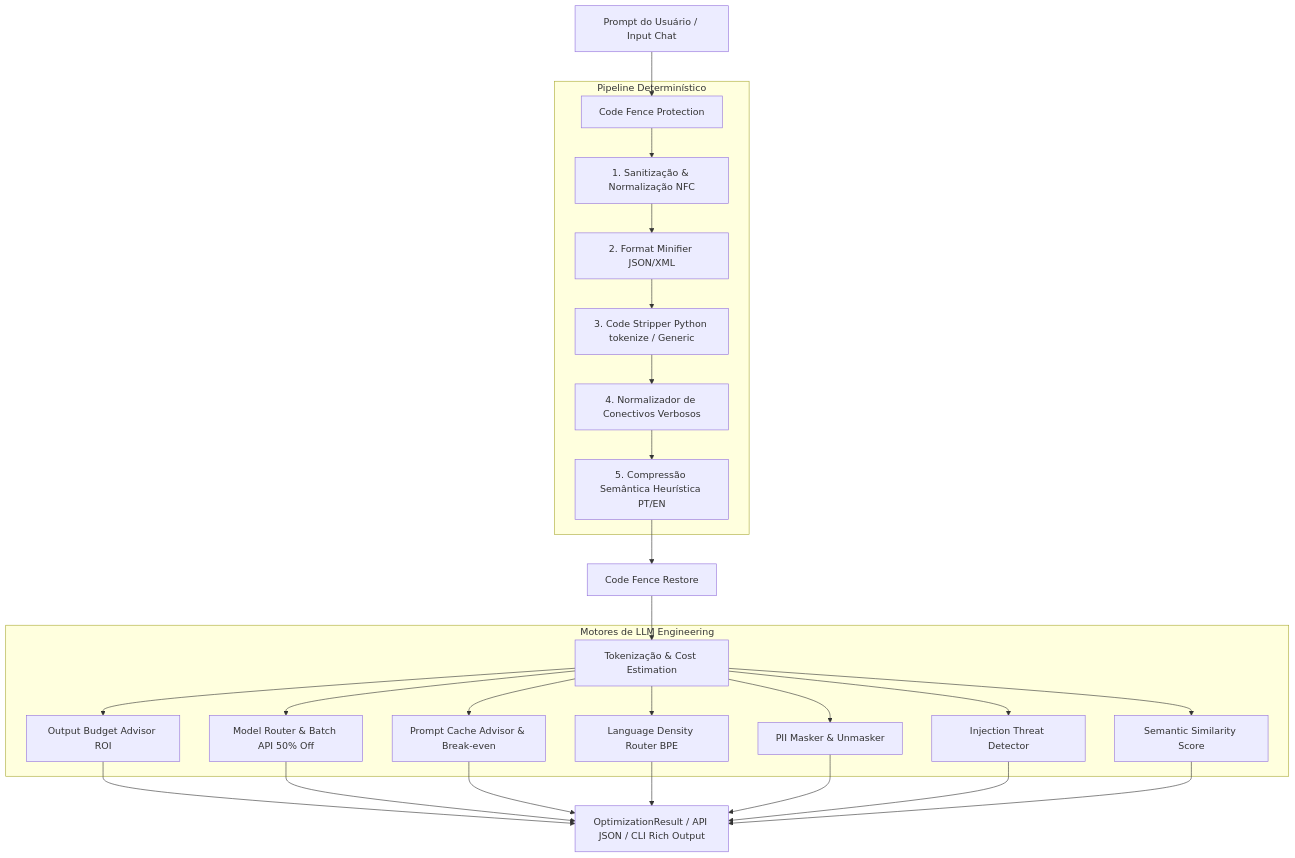
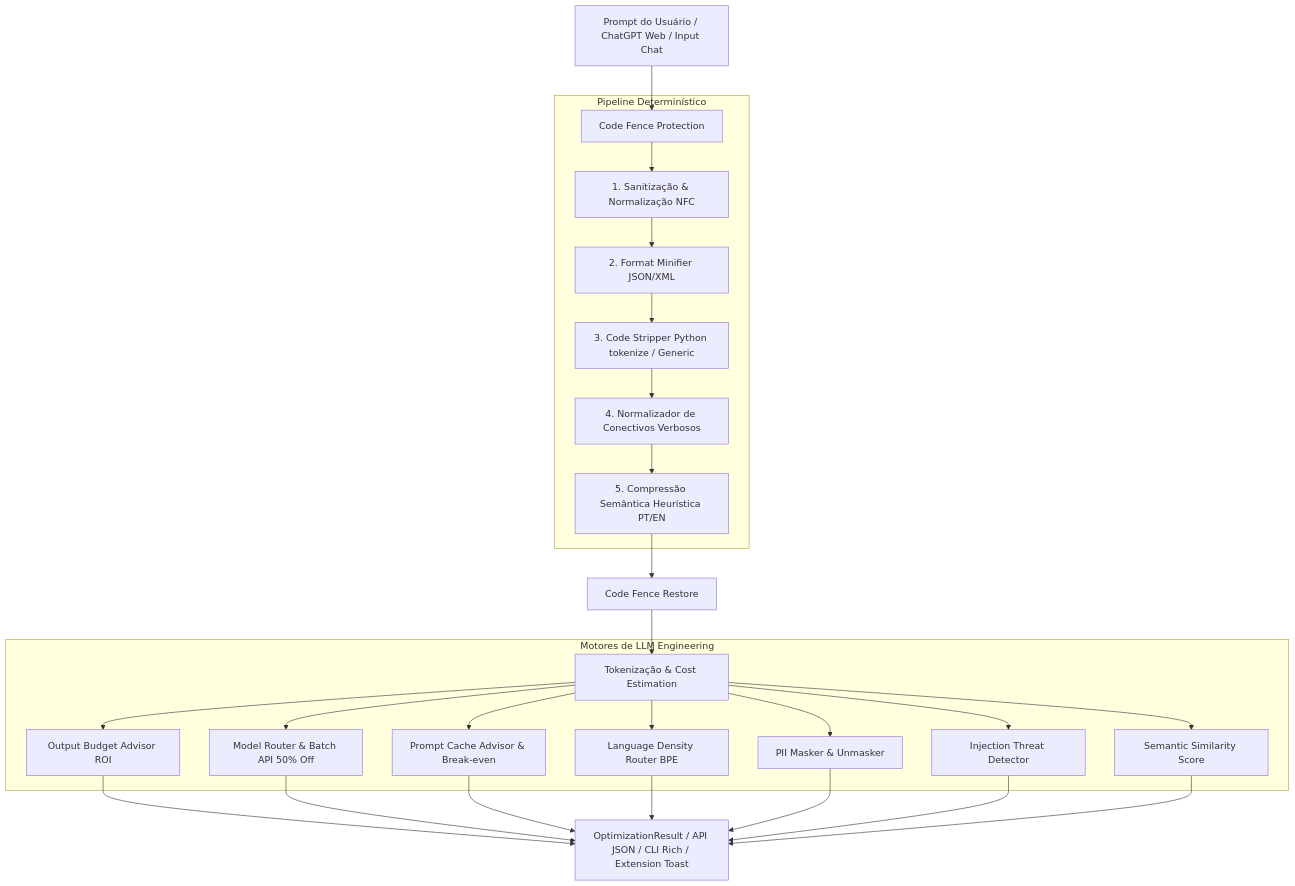
The diagram in README.md (HeloisaPeGarcia/PromptShrink), drawn with Mermaid before and after one commit. The commit also changed other lines of this file and 8 other files, not shown here.

Commit message:
feat: add browser extension to integrate prompt optimization directly into AI web interfaces

````diff
--- a/README.md
+++ b/README.md
@@ -24,27 +43,27 @@
 ```mermaid
 flowchart TD
-    A[Prompt do Usuário / Input Chat] --> B[Code Fence Protection]
+    A[Prompt do Usuário / ChatGPT Web / Input Chat] --> B[Code Fence Protection]
     
     subgraph Pipeline Determinístico
         B --> C[1. Sanitização & Normalização NFC]
         C --> D[2. Format Minifier JSON/XML]
         D --> E[3. Code Stripper Python tokenize / Generic]
         E --> F[4. Normalizador de Conectivos Verbosos]
         F --> G[5. Compressão Semântica Heurística PT/EN]
     end
     
     G --> H[Code Fence Restore]
     H --> I[Tokenização & Cost Estimation]
     
     subgraph Motores de LLM Engineering
         I --> J1[Output Budget Advisor ROI]
         I --> J2[Model Router & Batch API 50% Off]
         I --> J3[Prompt Cache Advisor & Break-even]
         I --> J4[Language Density Router BPE]
         I --> J5[PII Masker & Unmasker]
         I --> J6[Injection Threat Detector]
         I --> J7[Semantic Similarity Score]
     end
 
-    J1 & J2 & J3 & J4 & J5 & J6 & J7 --> K[OptimizationResult / API JSON / CLI Rich Output]
+    J1 & J2 & J3 & J4 & J5 & J6 & J7 --> K[OptimizationResult / API JSON / CLI Rich / Extension Toast]
 ```
````
